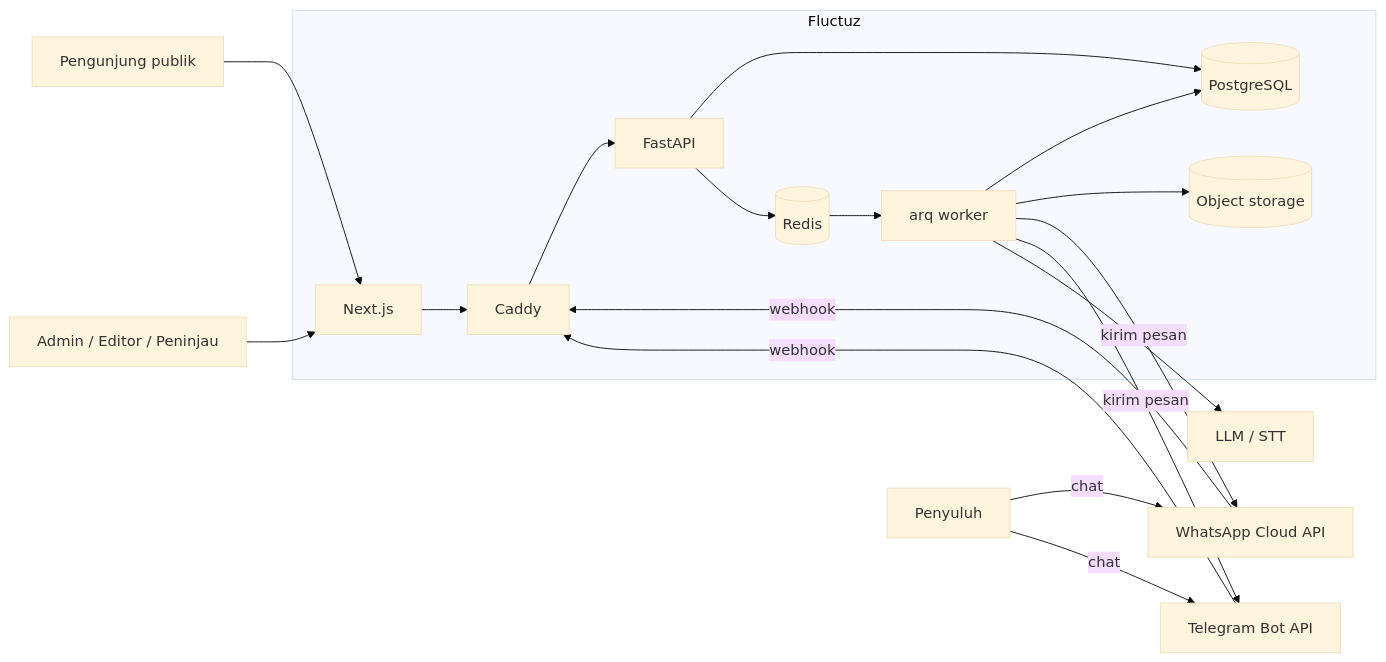
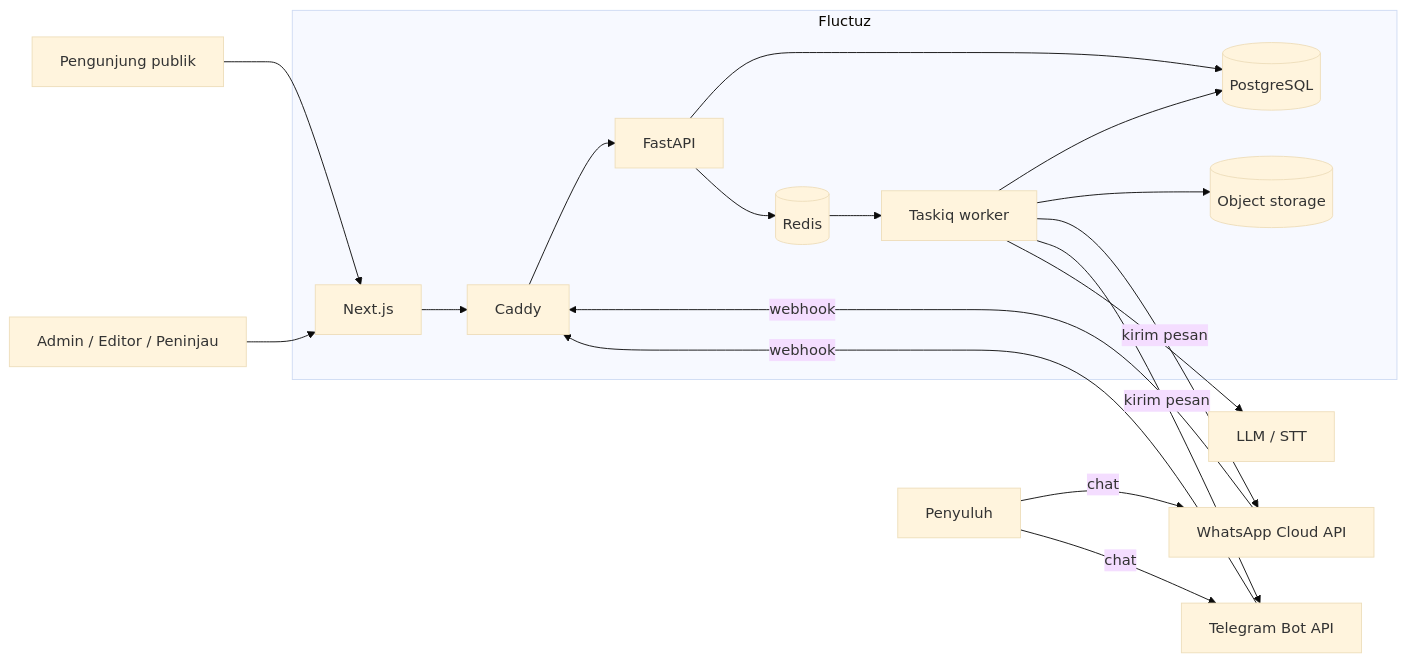
One commit to indrarasyid07/fredd-backend changed the first of 3 diagrams in docs/13-diagrams/system-diagrams.md. Above: the diagram before and after it, drawn with Mermaid (base theme). The commit also changed other lines of this file and 19 other files, not shown here.

First line of the commit message:
feat(worker): run background jobs with Taskiq

````diff
--- a/docs/13-diagrams/system-diagrams.md
+++ b/docs/13-diagrams/system-diagrams.md
@@ -5,30 +5,30 @@
 ```mermaid
 flowchart LR
   visitor[Pengunjung publik] --> web
   admin[Admin / Editor / Peninjau] --> web
   worker_person[Penyuluh] -->|chat| wa[WhatsApp Cloud API]
   worker_person -->|chat| tg[Telegram Bot API]
 
   subgraph fluctuz[Fluctuz]
     caddy[Caddy]
     web[Next.js]
     api[FastAPI]
     queue[(Redis)]
-    jobs[arq worker]
+    jobs[Taskiq worker]
     db[(PostgreSQL)]
     files[(Object storage)]
   end
 
   web --> caddy
   caddy --> api
   wa -->|webhook| caddy
   tg -->|webhook| caddy
   api --> db
   api --> queue
   queue --> jobs
   jobs --> db
   jobs --> files
   jobs -->|kirim pesan| wa
   jobs -->|kirim pesan| tg
   jobs --> llm[LLM / STT]
 ```
````
